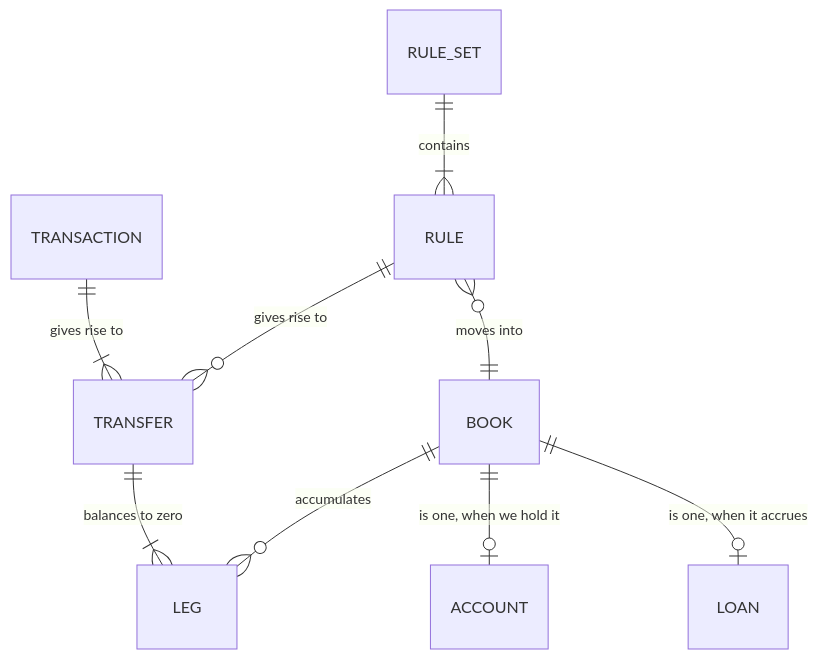
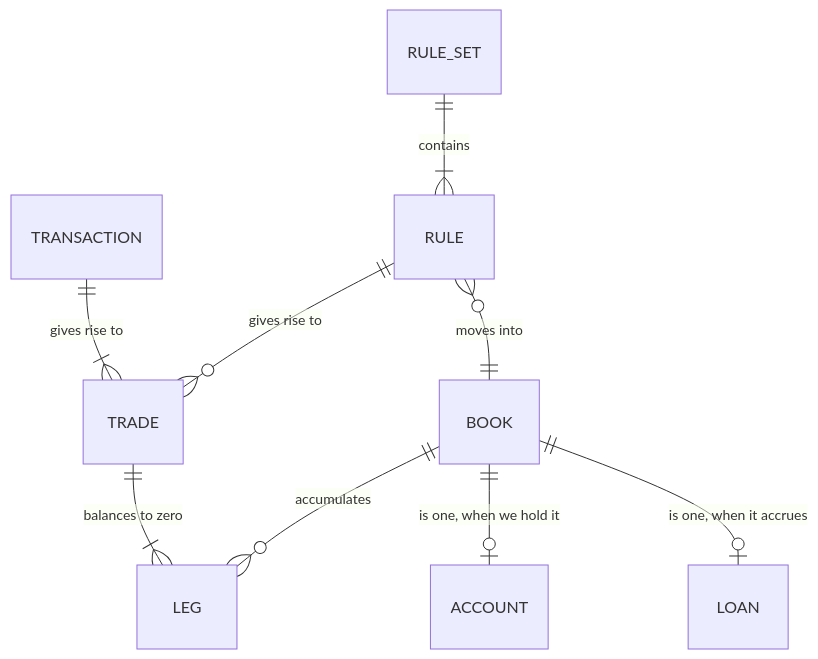
Before and after one commit to madmacfrosty-org/tightarse: the diagram in docs/design/books.md, drawn with Mermaid. The commit also changed other lines of this file, not shown here.

First line of the commit message:
Trade, not transfer

````diff
--- a/docs/design/books.md
+++ b/docs/design/books.md
@@ -49,11 +49,11 @@
 ```mermaid
 erDiagram
     BOOK ||--o{ LEG : accumulates
-    TRANSFER ||--|{ LEG : "balances to zero"
-    TRANSACTION ||--|{ TRANSFER : "gives rise to"
-    RULE ||--o{ TRANSFER : "gives rise to"
+    TRADE ||--|{ LEG : "balances to zero"
+    TRANSACTION ||--|{ TRADE : "gives rise to"
+    RULE ||--o{ TRADE : "gives rise to"
     BOOK ||--o| ACCOUNT : "is one, when we hold it"
     BOOK ||--o| LOAN : "is one, when it accrues"
     RULE_SET ||--|{ RULE : contains
     RULE }o--|| BOOK : "moves into"
 ```
````
